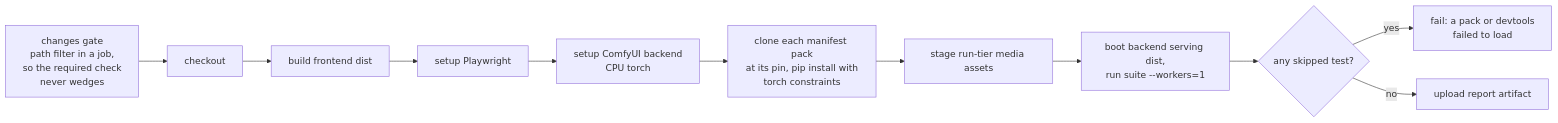
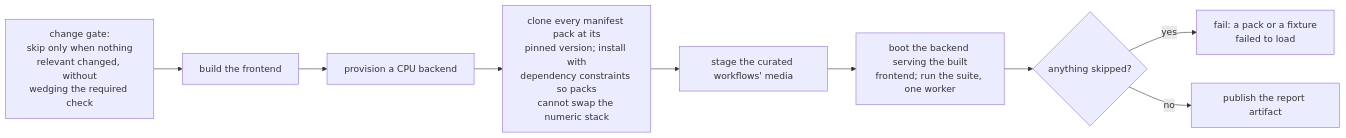
One commit to Comfy-Org/ComfyUI_frontend changed the eighth of 8 diagrams in browser_tests/tests/customNodes/ARCHITECTURE.md. Above: the diagram before and after it, drawn with Mermaid. The commit also changed other lines of this file and 1 other file, not shown here.

First line of the commit message:
docs(custom-nodes): ARCHITECTURE.md - C4-style views, design decisions, gotchas reference

````diff
--- a/browser_tests/tests/customNodes/ARCHITECTURE.md
+++ b/browser_tests/tests/customNodes/ARCHITECTURE.md
@@ -252,13 +545,11 @@
 ```mermaid
 flowchart LR
-    CH[changes gate<br/>path filter in a job,<br/>so the required check<br/>never wedges] --> CO[checkout]
-    CO --> FE[build frontend dist]
-    FE --> PW[setup Playwright]
-    PW --> BE[setup ComfyUI backend<br/>CPU torch]
-    BE --> INST[clone each manifest pack<br/>at its pin, pip install with<br/>torch constraints]
-    INST --> AST[stage run-tier media assets]
-    AST --> RUN[boot backend serving dist,<br/>run suite --workers=1]
-    RUN --> SKIP{any skipped test?}
-    SKIP -- yes --> RED[fail: a pack or devtools<br/>failed to load]
-    SKIP -- no --> ART[upload report artifact]
+    CH["change gate:<br/>skip only when nothing<br/>relevant changed, without<br/>wedging the required check"] --> BUILD["build the frontend"]
+    BUILD --> ENV["provision a CPU backend"]
+    ENV --> INST["clone every manifest pack at its<br/>pinned version; install with<br/>dependency constraints so packs<br/>cannot swap the numeric stack"]
+    INST --> ASSET["stage the curated workflows' media"]
+    ASSET --> RUN["boot the backend serving the built<br/>frontend; run the suite, one worker"]
+    RUN --> SKIP{"anything skipped?"}
+    SKIP -- yes --> RED["fail: a pack or a fixture<br/>failed to load"]
+    SKIP -- no --> ART["publish the report artifact"]
 ```
````
